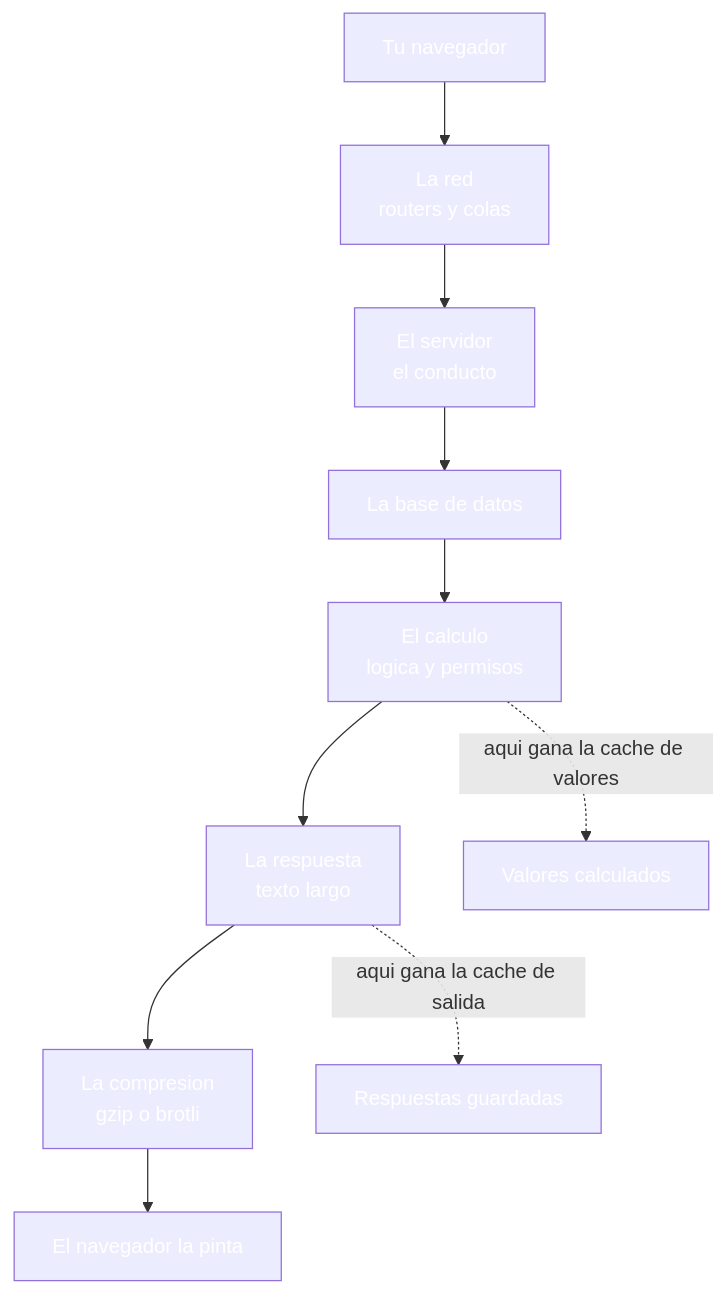
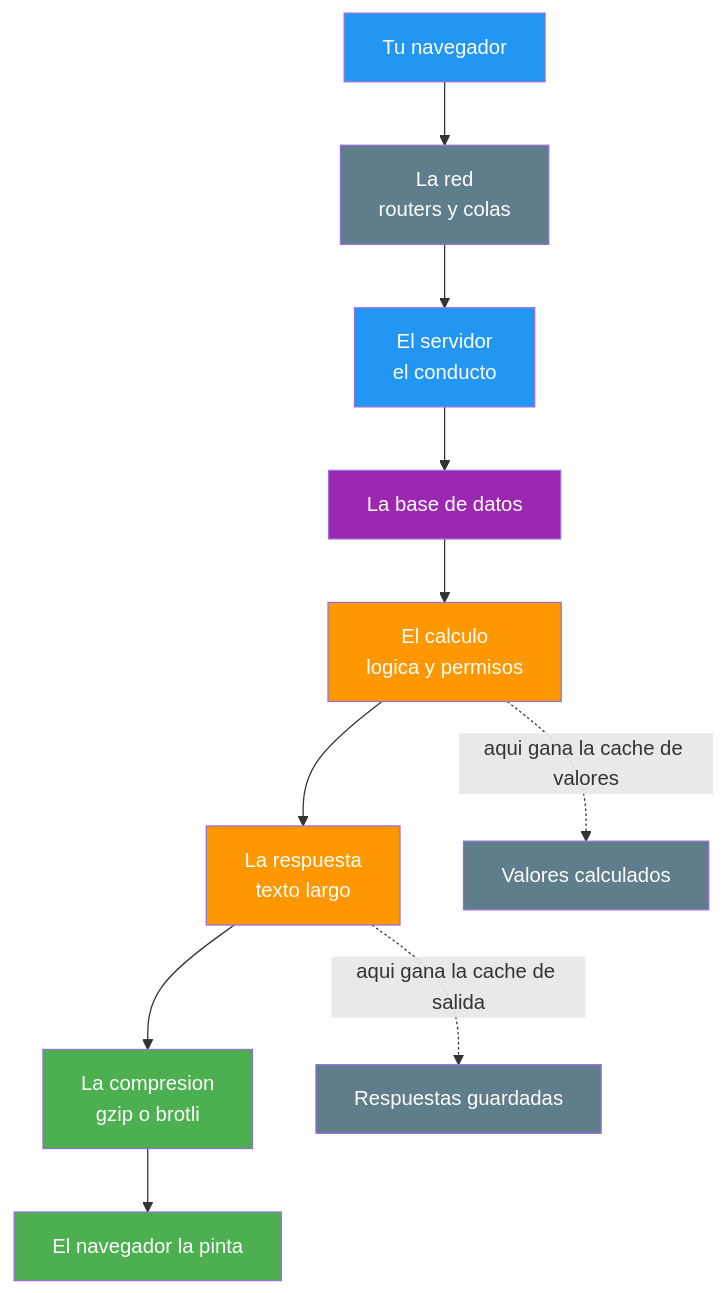
One commit to joseluisgs/DesarrolloWebEntornosServidor-03-2026-2027 changed the first of 7 diagrams in 21-optimizacion-rendimiento.md. Above: the diagram before and after it, drawn with Mermaid. The commit also changed other lines of this file and 25 other files, not shown here.

Commit message:
docs: corregir los estilos Mermaid de los temas y alinear el dominio del tema 25 con ProductosApp

````diff
--- a/21-optimizacion-rendimiento.md
+++ b/21-optimizacion-rendimiento.md
@@ -51,22 +51,22 @@
 ```mermaid
 graph TD
     N["Tu navegador"] --> R["La red<br/>routers y colas"]
     R --> S["El servidor<br/>el conducto"]
     S --> B["La base de datos"]
     B --> C["El calculo<br/>logica y permisos"]
     C --> H["La respuesta<br/>texto largo"]
     H --> K["La compresion<br/>gzip o brotli"]
     K --> N2["El navegador la pinta"]
     C -.->|"aqui gana la cache de valores"| G1["Valores calculados"]
     H -.->|"aqui gana la cache de salida"| G2["Respuestas guardadas"]
-    style N fill:#2196F,color:#fff3,color:#fff
-    style R fill:#607D8,color:#fffB,color:#fff
-    style S fill:#2196F,color:#fff3,color:#fff
-    style B fill:#9C27B,color:#fff0,color:#fff
-    style C fill:#FF980,color:#fff0,color:#fff
-    style H fill:#FF980,color:#fff0,color:#fff
-    style K fill:#4CAF5,color:#fff0,color:#fff
-    style N2 fill:#4CAF5,color:#fff0,color:#fff
-    style G1 fill:#607D8,color:#fffB,color:#fff
-    style G2 fill:#607D8,color:#fffB,color:#fff
+    style N fill:#2196F3,color:#fff
+    style R fill:#607D8B,color:#fff
+    style S fill:#2196F3,color:#fff
+    style B fill:#9C27B0,color:#fff
+    style C fill:#FF9800,color:#fff
+    style H fill:#FF9800,color:#fff
+    style K fill:#4CAF50,color:#fff
+    style N2 fill:#4CAF50,color:#fff
+    style G1 fill:#607D8B,color:#fff
+    style G2 fill:#607D8B,color:#fff
 ```
````
